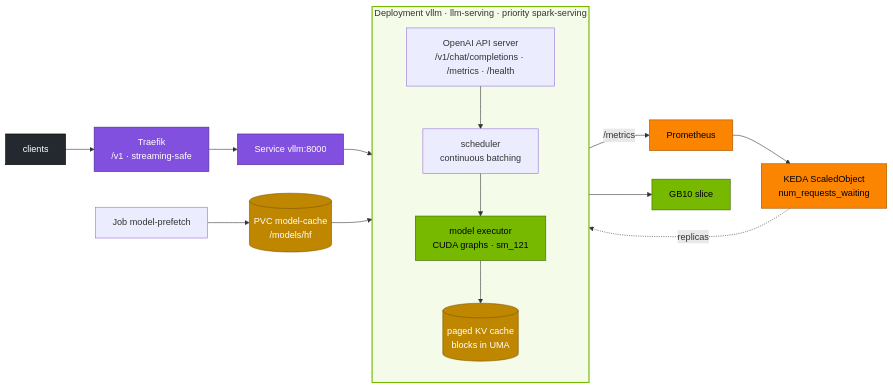
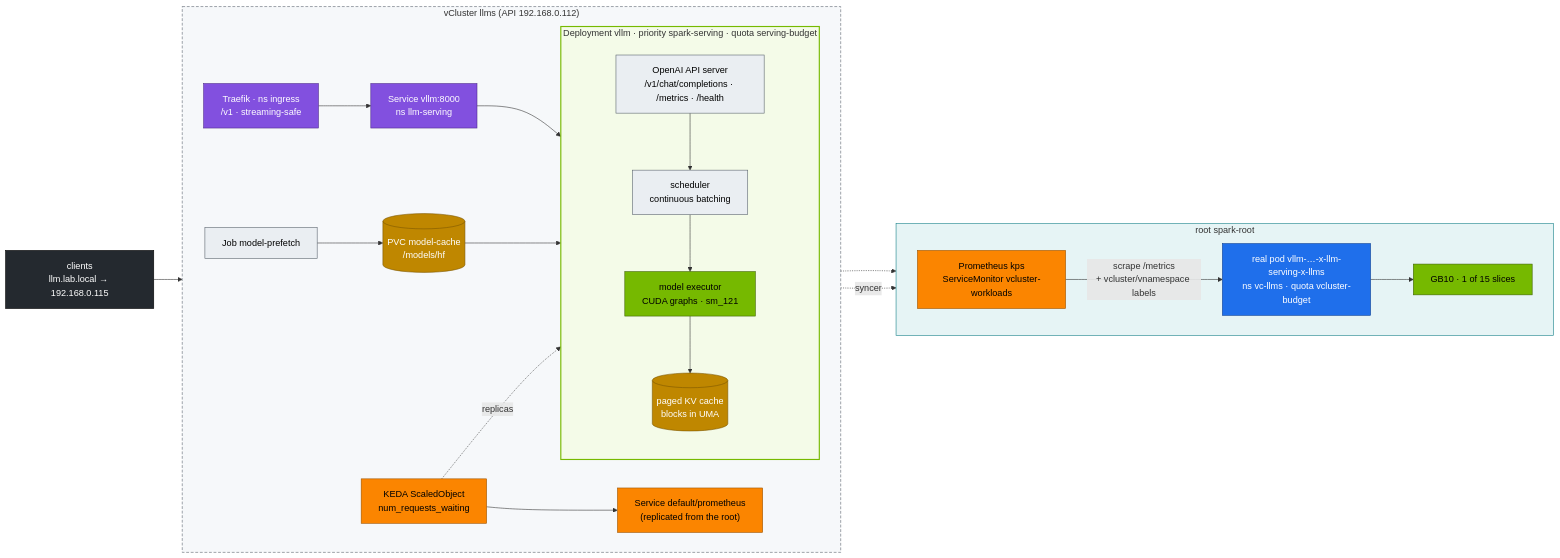
The diagram in 02 Kubernetes/21-vllm-high-throughput-llm-serving.md (cloudone365/technical-depth), drawn with Mermaid before and after one commit. The commit also changed other lines of this file and 53 other files, not shown here.

````diff
--- a/02 Kubernetes/21-vllm-high-throughput-llm-serving.md
+++ b/02 Kubernetes/21-vllm-high-throughput-llm-serving.md
@@ -31,29 +37,50 @@
 ```mermaid
 flowchart LR
-  CL["clients"] --> TR["Traefik<br/>/v1 · streaming-safe"] --> SVC["Service vllm:8000"]
-  subgraph POD["Deployment vllm · llm-serving · priority spark-serving"]
-    direction TB
-    API["OpenAI API server<br/>/v1/chat/completions · /metrics · /health"]
-    SCH["scheduler<br/>continuous batching"]
-    ENG["model executor<br/>CUDA graphs · sm_121"]
-    KV[("paged KV cache<br/>blocks in UMA")]
-    API --> SCH --> ENG --> KV
+  CL["clients<br/>llm.lab.local → 192.168.0.115"] --> TR
+  subgraph LLMS["vCluster llms (API 192.168.0.112)"]
+    direction LR
+    TR["Traefik · ns ingress<br/>/v1 · streaming-safe"] --> SVC["Service vllm:8000<br/>ns llm-serving"]
+    subgraph POD["Deployment vllm · priority spark-serving · quota serving-budget"]
+      direction TB
+      API["OpenAI API server<br/>/v1/chat/completions · /metrics · /health"]
+      SCH["scheduler<br/>continuous batching"]
+      ENG["model executor<br/>CUDA graphs · sm_121"]
+      KV[("paged KV cache<br/>blocks in UMA")]
+      API --> SCH --> ENG --> KV
+    end
+    SVC --> API
+    PVC[("PVC model-cache<br/>/models/hf")] --> ENG
+    PRE["Job model-prefetch"] --> PVC
+    KEDA["KEDA ScaledObject<br/>num_requests_waiting"]
+    RP["Service default/prometheus<br/>(replicated from the root)"]
+    KEDA --> RP
+    KEDA -.->|"replicas"| POD
   end
-  SVC --> API
-  PVC[("PVC model-cache<br/>/models/hf")] --> ENG
-  PRE["Job model-prefetch"] --> PVC
-  API -->|"/metrics"| PROM["Prometheus"] --> KEDA["KEDA ScaledObject<br/>num_requests_waiting"]
-  KEDA -.->|"replicas"| POD
-  ENG --> GPU["GB10 slice"]
+  subgraph ROOT["root spark-root"]
+    direction LR
+    HP["real pod vllm-…-x-llm-serving-x-llms<br/>ns vc-llms · quota vcluster-budget"]
+    PROM["Prometheus kps<br/>ServiceMonitor vcluster-workloads"]
+    GPU["GB10 · 1 of 15 slices"]
+    HP --> GPU
+  end
+  POD -. "syncer" .-> HP
+  PROM -->|"scrape /metrics<br/>+ vcluster/vnamespace labels"| HP
+  RP -.-> PROM
+  classDef ctrl fill:#1f6feb,stroke:#0b3d91,color:#fff
   classDef gpu fill:#76b900,stroke:#3d6000,color:#000
   classDef net fill:#8250df,stroke:#4c2889,color:#fff
   classDef store fill:#bf8700,stroke:#7a5600,color:#fff
   classDef obs fill:#fb8500,stroke:#9a5200,color:#000
   classDef ext fill:#24292f,stroke:#000,color:#fff
+  classDef tenant fill:#eaeef2,stroke:#57606a,color:#000
   class ENG,GPU gpu
   class TR,SVC net
   class KV,PVC store
-  class PROM,KEDA obs
+  class PROM,KEDA,RP obs
   class CL ext
+  class API,SCH,PRE tenant
+  class HP ctrl
   style POD fill:#f4fbe8,stroke:#76b900,stroke-width:2px
+  style LLMS fill:#f6f8fa,stroke:#57606a,stroke-dasharray:5 3
+  style ROOT fill:#e6f4f5,stroke:#0e7c86
 ```
````
